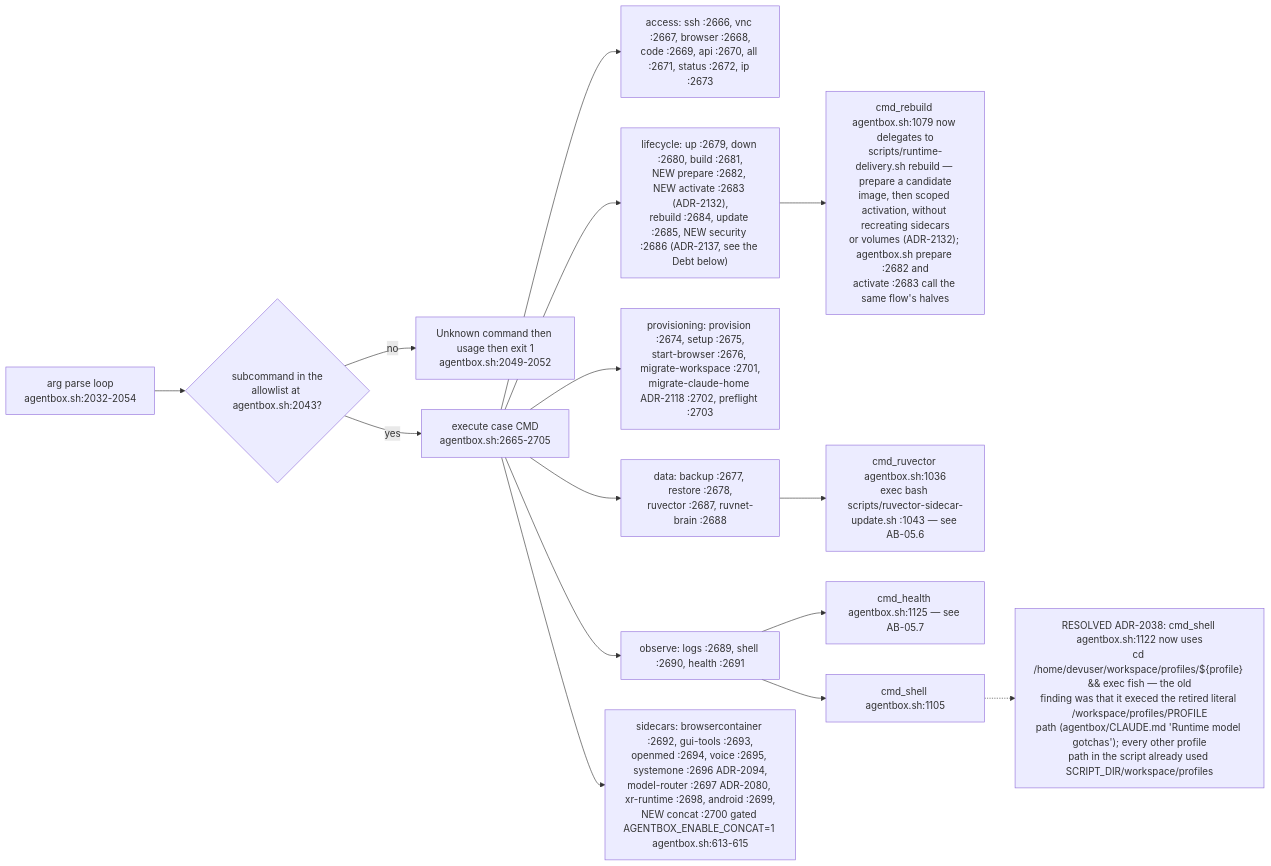
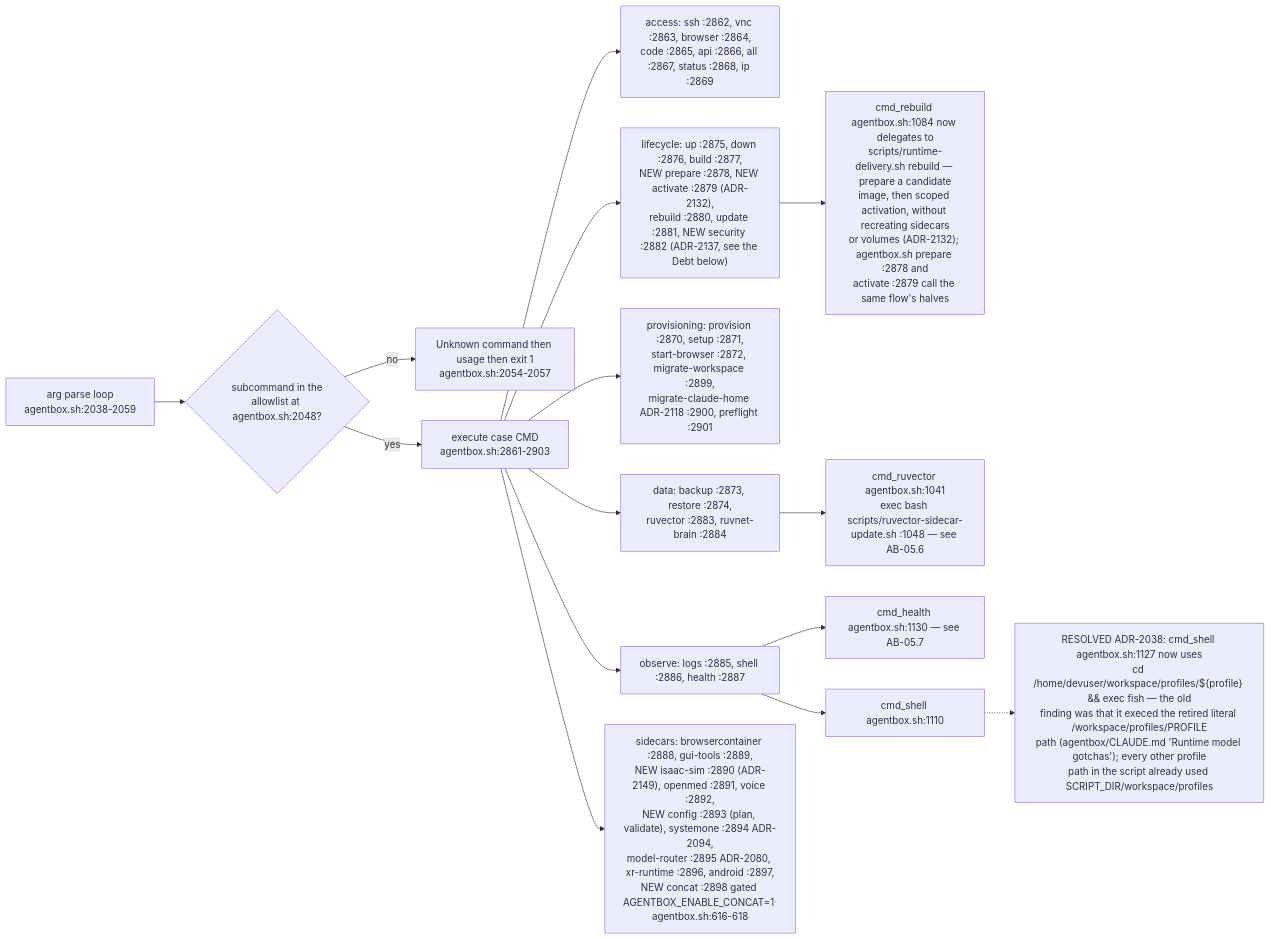
One commit to DreamLab-AI/VisionFlow changed the fifth of 16 diagrams in docs/diagrams/agentbox/05-manifest-gates-and-cli.md. Above: the diagram before and after it, drawn with Mermaid. The commit also changed other lines of this file and 160 other files, not shown here.

````diff
--- a/docs/diagrams/agentbox/05-manifest-gates-and-cli.md
+++ b/docs/diagrams/agentbox/05-manifest-gates-and-cli.md
@@ -158,17 +163,17 @@
 ```mermaid
 flowchart LR
-    ARG["arg parse loop<br/>agentbox.sh:2032-2054"] --> AL{"subcommand in the<br/>allowlist at agentbox.sh:2043?"}
-    AL -->|no| ERR["Unknown command then usage then exit 1<br/>agentbox.sh:2049-2052"]
-    AL -->|yes| CASE["execute case CMD<br/>agentbox.sh:2665-2705"]
-    CASE --> G1["access: ssh :2666, vnc :2667, browser :2668,<br/>code :2669, api :2670, all :2671, status :2672, ip :2673"]
-    CASE --> G2["lifecycle: up :2679, down :2680, build :2681,<br/>NEW prepare :2682, NEW activate :2683 (ADR-2132),<br/>rebuild :2684, update :2685, NEW security :2686 (ADR-2137, see the Debt below)"]
-    CASE --> G3["provisioning: provision :2674, setup :2675,<br/>start-browser :2676, migrate-workspace :2701,<br/>migrate-claude-home ADR-2118 :2702, preflight :2703"]
-    CASE --> G4["data: backup :2677, restore :2678,<br/>ruvector :2687, ruvnet-brain :2688"]
-    CASE --> G5["observe: logs :2689, shell :2690, health :2691"]
-    CASE --> G6["sidecars: browsercontainer :2692, gui-tools :2693,<br/>openmed :2694, voice :2695, systemone :2696 ADR-2094,<br/>model-router :2697 ADR-2080, xr-runtime :2698, android :2699,<br/>NEW concat :2700 gated AGENTBOX_ENABLE_CONCAT=1 agentbox.sh:613-615"]
-    G2 --> RB["cmd_rebuild agentbox.sh:1079 now delegates to<br/>scripts/runtime-delivery.sh rebuild — prepare a candidate<br/>image, then scoped activation, without recreating sidecars<br/>or volumes (ADR-2132); agentbox.sh prepare :2682 and<br/>activate :2683 call the same flow's halves"]
-    G4 --> RV["cmd_ruvector agentbox.sh:1036<br/>exec bash scripts/ruvector-sidecar-update.sh :1043 — see AB-05.6"]
-    G5 --> HL["cmd_health agentbox.sh:1125 — see AB-05.7"]
-    G5 --> SH["cmd_shell agentbox.sh:1105"]
-    SH -.-> RES1["RESOLVED ADR-2038: cmd_shell agentbox.sh:1122 now uses<br/>cd /home/devuser/workspace/profiles/${profile} && exec fish — the old<br/>finding was that it execed the retired literal /workspace/profiles/PROFILE<br/>path (agentbox/CLAUDE.md 'Runtime model gotchas'); every other profile<br/>path in the script already used SCRIPT_DIR/workspace/profiles"]
+    ARG["arg parse loop<br/>agentbox.sh:2038-2059"] --> AL{"subcommand in the<br/>allowlist at agentbox.sh:2048?"}
+    AL -->|no| ERR["Unknown command then usage then exit 1<br/>agentbox.sh:2054-2057"]
+    AL -->|yes| CASE["execute case CMD<br/>agentbox.sh:2861-2903"]
+    CASE --> G1["access: ssh :2862, vnc :2863, browser :2864,<br/>code :2865, api :2866, all :2867, status :2868, ip :2869"]
+    CASE --> G2["lifecycle: up :2875, down :2876, build :2877,<br/>NEW prepare :2878, NEW activate :2879 (ADR-2132),<br/>rebuild :2880, update :2881, NEW security :2882 (ADR-2137, see the Debt below)"]
+    CASE --> G3["provisioning: provision :2870, setup :2871,<br/>start-browser :2872, migrate-workspace :2899,<br/>migrate-claude-home ADR-2118 :2900, preflight :2901"]
+    CASE --> G4["data: backup :2873, restore :2874,<br/>ruvector :2883, ruvnet-brain :2884"]
+    CASE --> G5["observe: logs :2885, shell :2886, health :2887"]
+    CASE --> G6["sidecars: browsercontainer :2888, gui-tools :2889,<br/>NEW isaac-sim :2890 (ADR-2149), openmed :2891, voice :2892,<br/>NEW config :2893 (plan, validate), systemone :2894 ADR-2094,<br/>model-router :2895 ADR-2080, xr-runtime :2896, android :2897,<br/>NEW concat :2898 gated AGENTBOX_ENABLE_CONCAT=1 agentbox.sh:616-618"]
+    G2 --> RB["cmd_rebuild agentbox.sh:1084 now delegates to<br/>scripts/runtime-delivery.sh rebuild — prepare a candidate<br/>image, then scoped activation, without recreating sidecars<br/>or volumes (ADR-2132); agentbox.sh prepare :2878 and<br/>activate :2879 call the same flow's halves"]
+    G4 --> RV["cmd_ruvector agentbox.sh:1041<br/>exec bash scripts/ruvector-sidecar-update.sh :1048 — see AB-05.6"]
+    G5 --> HL["cmd_health agentbox.sh:1130 — see AB-05.7"]
+    G5 --> SH["cmd_shell agentbox.sh:1110"]
+    SH -.-> RES1["RESOLVED ADR-2038: cmd_shell agentbox.sh:1127 now uses<br/>cd /home/devuser/workspace/profiles/${profile} && exec fish — the old<br/>finding was that it execed the retired literal /workspace/profiles/PROFILE<br/>path (agentbox/CLAUDE.md 'Runtime model gotchas'); every other profile<br/>path in the script already used SCRIPT_DIR/workspace/profiles"]
 ```
````
